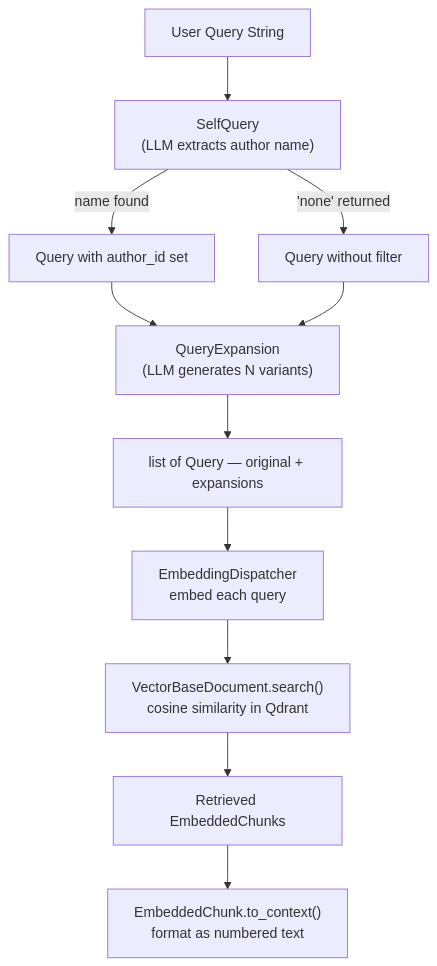
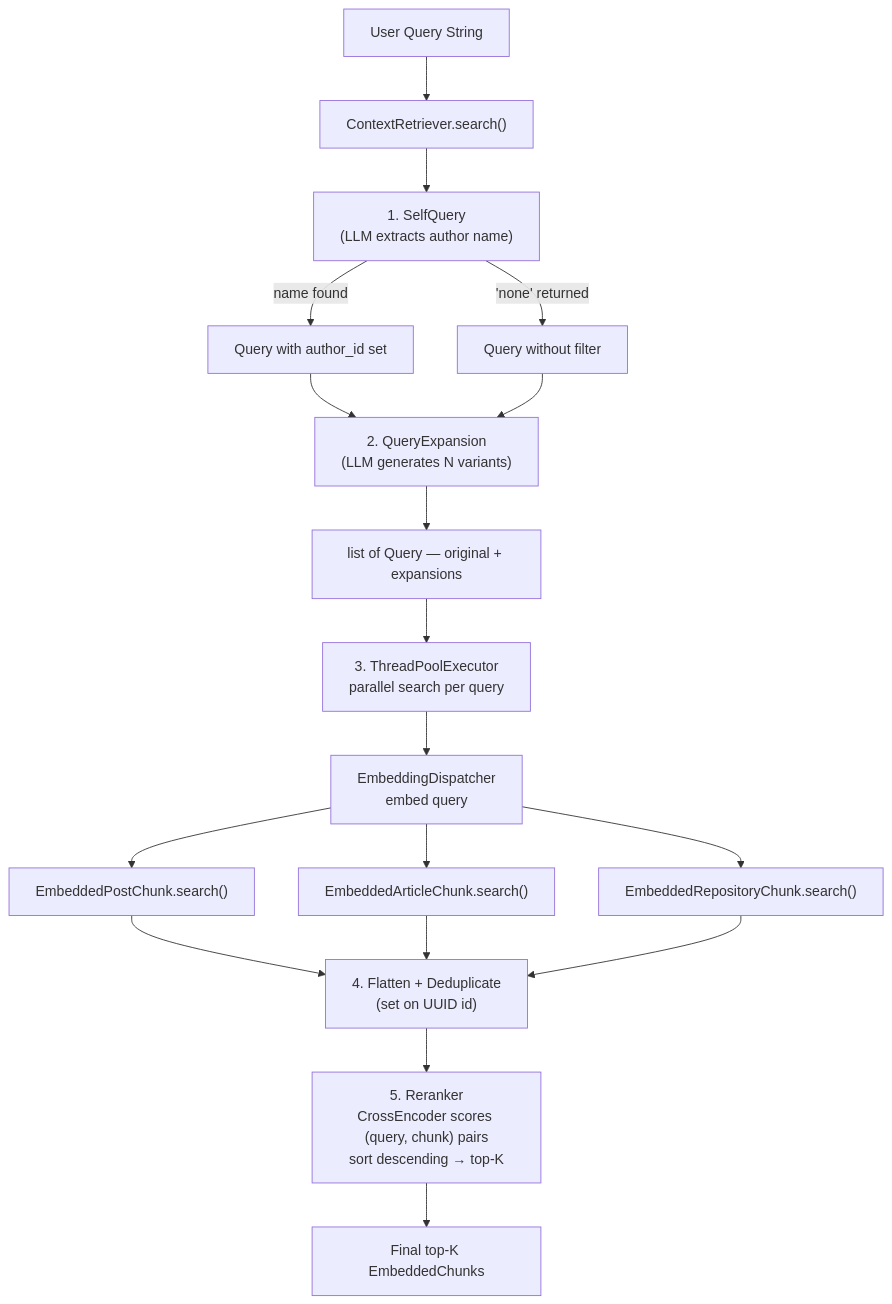
One commit to sh-arka22/MoodSwarm-LLM changed diagram 11 of 12 in README.md. Above: the diagram before and after it, drawn with Mermaid. The commit also changed other lines of this file and 2 other files, not shown here.

Commit message:
rag-reranking-retriever

````diff
--- a/README.md
+++ b/README.md
@@ -776,15 +790,21 @@
 ```mermaid
 flowchart TD
     Q_INPUT["User Query String"]
-    Q_INPUT --> SELF_QUERY["SelfQuery<br/>(LLM extracts author name)"]
+    Q_INPUT --> CTX["ContextRetriever.search()"]
+    CTX --> SELF_QUERY["1. SelfQuery<br/>(LLM extracts author name)"]
     SELF_QUERY -->|"name found"| ANNOTATED["Query with author_id set"]
     SELF_QUERY -->|"'none' returned"| PLAIN["Query without filter"]
 
-    ANNOTATED & PLAIN --> EXPANSION["QueryExpansion<br/>(LLM generates N variants)"]
+    ANNOTATED & PLAIN --> EXPANSION["2. QueryExpansion<br/>(LLM generates N variants)"]
     EXPANSION --> Q_LIST["list of Query — original + expansions"]
 
-    Q_LIST --> EMBED_Q["EmbeddingDispatcher<br/>embed each query"]
-    EMBED_Q --> SEARCH["VectorBaseDocument.search()<br/>cosine similarity in Qdrant"]
-    SEARCH --> RESULTS["Retrieved EmbeddedChunks"]
-    RESULTS --> CONTEXT["EmbeddedChunk.to_context()<br/>format as numbered text"]
+    Q_LIST --> PARALLEL["3. ThreadPoolExecutor<br/>parallel search per query"]
+    PARALLEL --> EMBED_Q["EmbeddingDispatcher<br/>embed query"]
+    EMBED_Q --> SEARCH_P["EmbeddedPostChunk.search()"]
+    EMBED_Q --> SEARCH_A["EmbeddedArticleChunk.search()"]
+    EMBED_Q --> SEARCH_R["EmbeddedRepositoryChunk.search()"]
+
+    SEARCH_P & SEARCH_A & SEARCH_R --> DEDUP["4. Flatten + Deduplicate<br/>(set on UUID id)"]
+    DEDUP --> RERANK["5. Reranker<br/>CrossEncoder scores (query, chunk) pairs<br/>sort descending → top-K"]
+    RERANK --> RESULTS["Final top-K EmbeddedChunks"]
 ```
````
